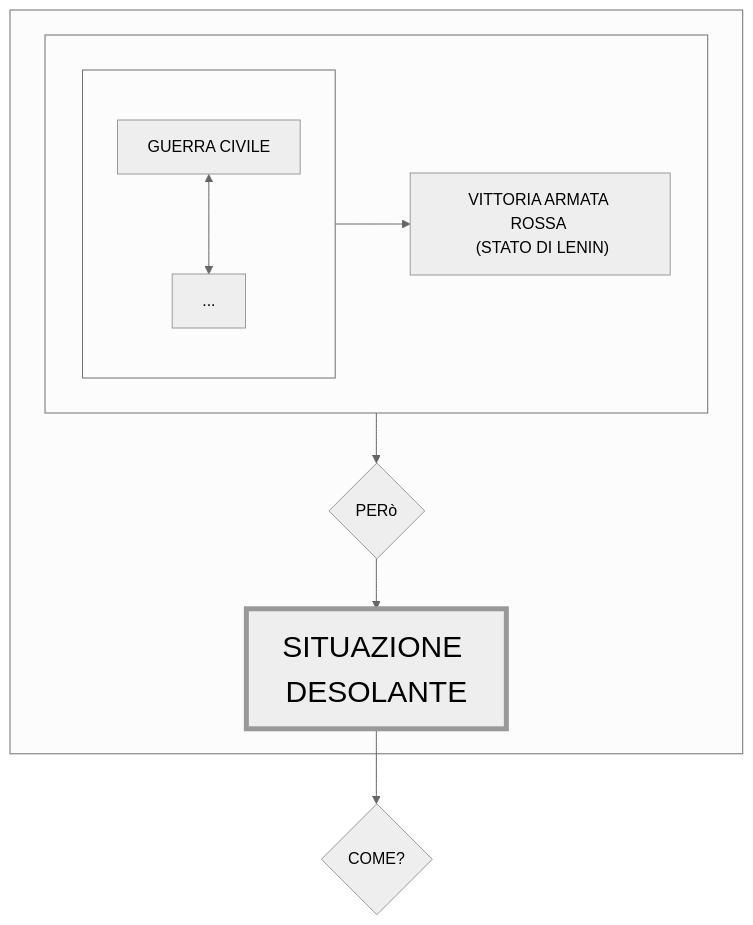
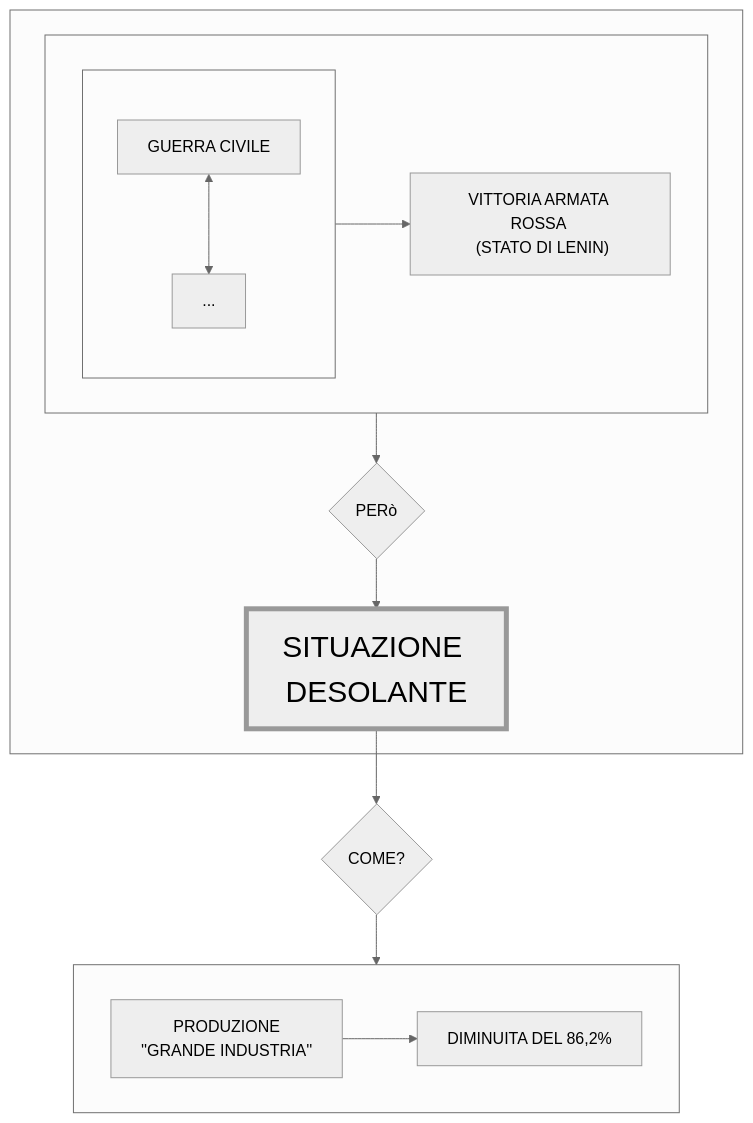
One commit to Laaouatni/ricerca-storia-MermaidJS changed the diagram in prova.md. Above: the diagram before and after it, drawn with Mermaid (neutral theme).

````diff
--- a/prova.md
+++ b/prova.md
@@ -1,21 +1,26 @@
 ```mermaid
 flowchart TB
     classDef classGrande font-size: 30px, stroke-width: 5px;
     subgraph 017[" "]
       subgraph 016[" "]
         subgraph 01[" "]
           010[GUERRA CIVILE]
           0100[...]
           010 <--> 0100
         end
         011["VITTORIA ARMATA ROSSA <br> (STATO DI LENIN)"]
         01 --> 011
       end
       016 --> 012 --> 013
       012{PERò}
       013[SITUAZIONE DESOLANTE]:::classGrande
     end
     013 --> 014
     014{COME?}
-    
+    subgraph 2[" "]
+      20[PRODUZIONE <br> ''GRANDE INDUSTRIA'']
+      200[DIMINUITA DEL 86,2%]
+      20 --> 200
+    end
+    014 --> 2
 ```
````
